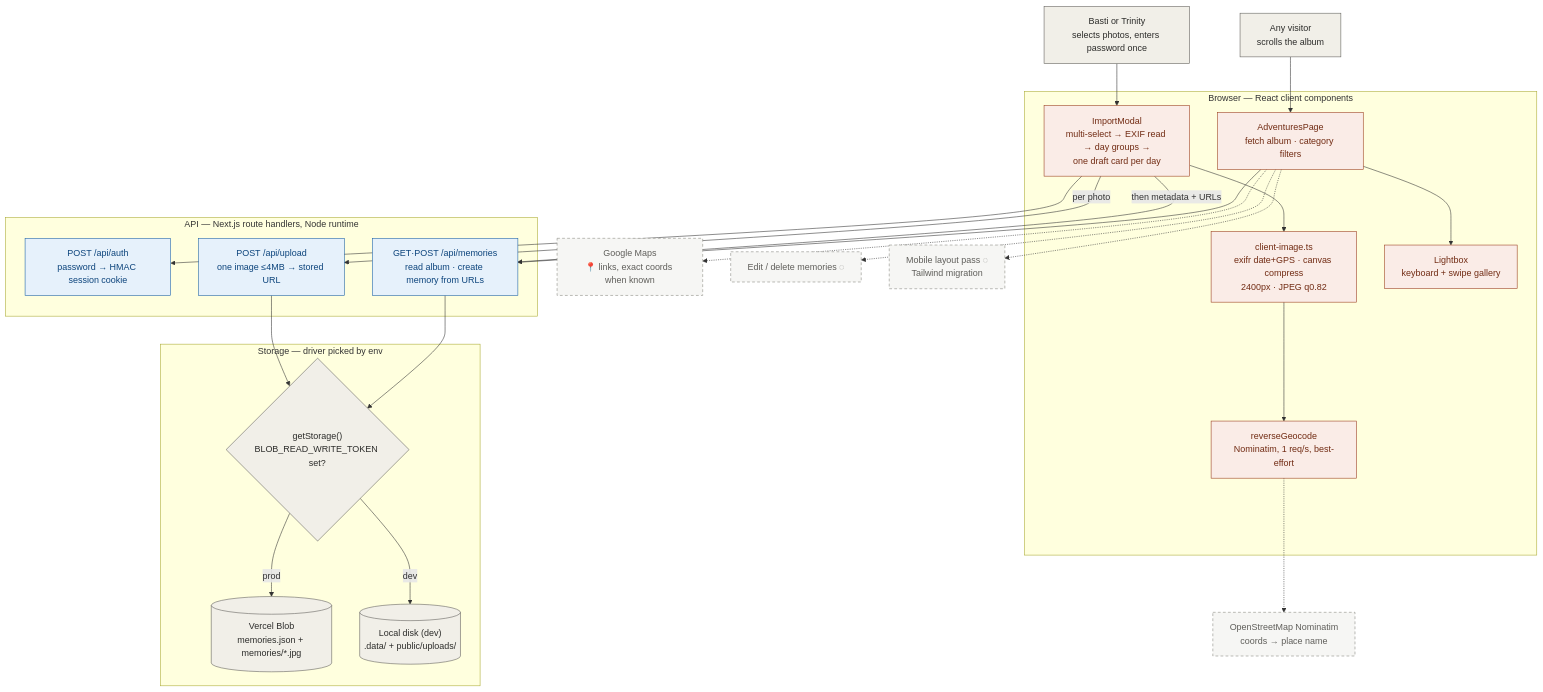
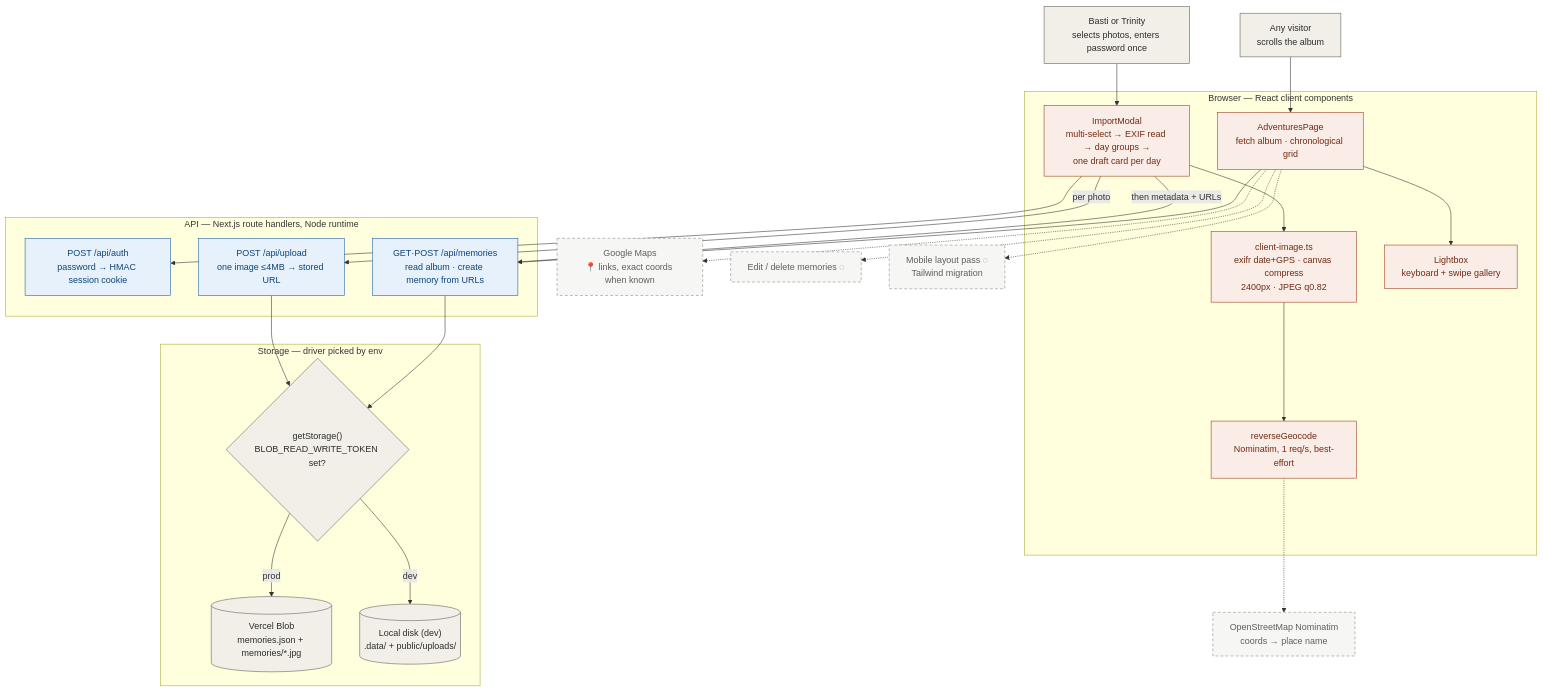
One commit to KuyaBasti/Trin-and-Basti-Adventures changed the diagram in SYSTEM-DESIGN.md. Above: the diagram before and after it, drawn with Mermaid. The commit also changed other lines of this file and 3 other files, not shown here.

````diff
--- a/SYSTEM-DESIGN.md
+++ b/SYSTEM-DESIGN.md
@@ -33,61 +33,61 @@
 ```mermaid
 flowchart TD
     %% ===== Users =====
     BASTI["Basti or Trinity<br/>selects photos, enters password once"]:::data
     TRIN["Any visitor<br/>scrolls the album"]:::data
 
     %% ===== Browser =====
     subgraph CLIENT["Browser — React client components"]
         import["ImportModal<br/>multi-select → EXIF read → day groups →<br/>one draft card per day"]:::web
         exif["client-image.ts<br/>exifr date+GPS · canvas compress<br/>2400px · JPEG q0.82"]:::web
         geo["reverseGeocode<br/>Nominatim, 1 req/s, best-effort"]:::web
-        page["AdventuresPage<br/>fetch album · category filters"]:::web
+        page["AdventuresPage<br/>fetch album · chronological grid"]:::web
         light["Lightbox<br/>keyboard + swipe gallery"]:::web
     end
 
     %% ===== API =====
     subgraph API["API — Next.js route handlers, Node runtime"]
         auth["POST /api/auth<br/>password → HMAC session cookie"]:::api
         upload["POST /api/upload<br/>one image ≤4MB → stored URL"]:::api
         memories["GET·POST /api/memories<br/>read album · create memory from URLs"]:::api
     end
 
     %% ===== Storage =====
     subgraph STORE["Storage — driver picked by env"]
         driver{"getStorage()<br/>BLOB_READ_WRITE_TOKEN set?"}:::data
         blob[("Vercel Blob<br/>memories.json + memories/*.jpg")]:::data
         local[("Local disk (dev)<br/>.data/ + public/uploads/")]:::data
     end
 
     %% ===== External =====
     osm["OpenStreetMap Nominatim<br/>coords → place name"]:::planned
     gmaps["Google Maps<br/>📍 links, exact coords when known"]:::planned
 
     %% ===== Planned =====
     manage["Edit / delete memories ◌"]:::planned
     mobile["Mobile layout pass ◌<br/>Tailwind migration"]:::planned
 
     BASTI --> import
     import --> exif
     exif --> geo
     geo -.-> osm
     import --> auth
     import -->|per photo| upload
     import -->|then metadata + URLs| memories
     upload --> driver
     memories --> driver
     driver -->|prod| blob
     driver -->|dev| local
 
     TRIN --> page
     page --> memories
     page --> light
     page -.-> gmaps
     page -.-> manage
     page -.-> mobile
 
     classDef web fill:#FAECE7,stroke:#993C1D,color:#712B13;
     classDef api fill:#E6F1FB,stroke:#185FA5,color:#0C447C;
     classDef data fill:#F1EFE8,stroke:#5F5E5A,color:#2C2C2A;
     classDef planned fill:#F6F6F4,stroke:#888780,color:#5F5E5A,stroke-dasharray:5 4;
 ```
````
